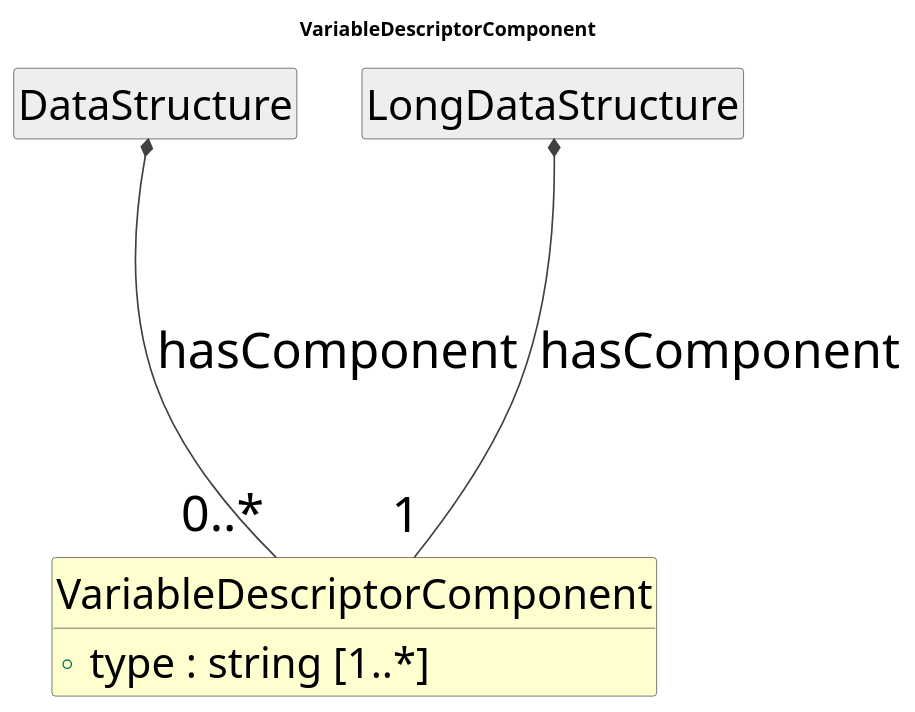
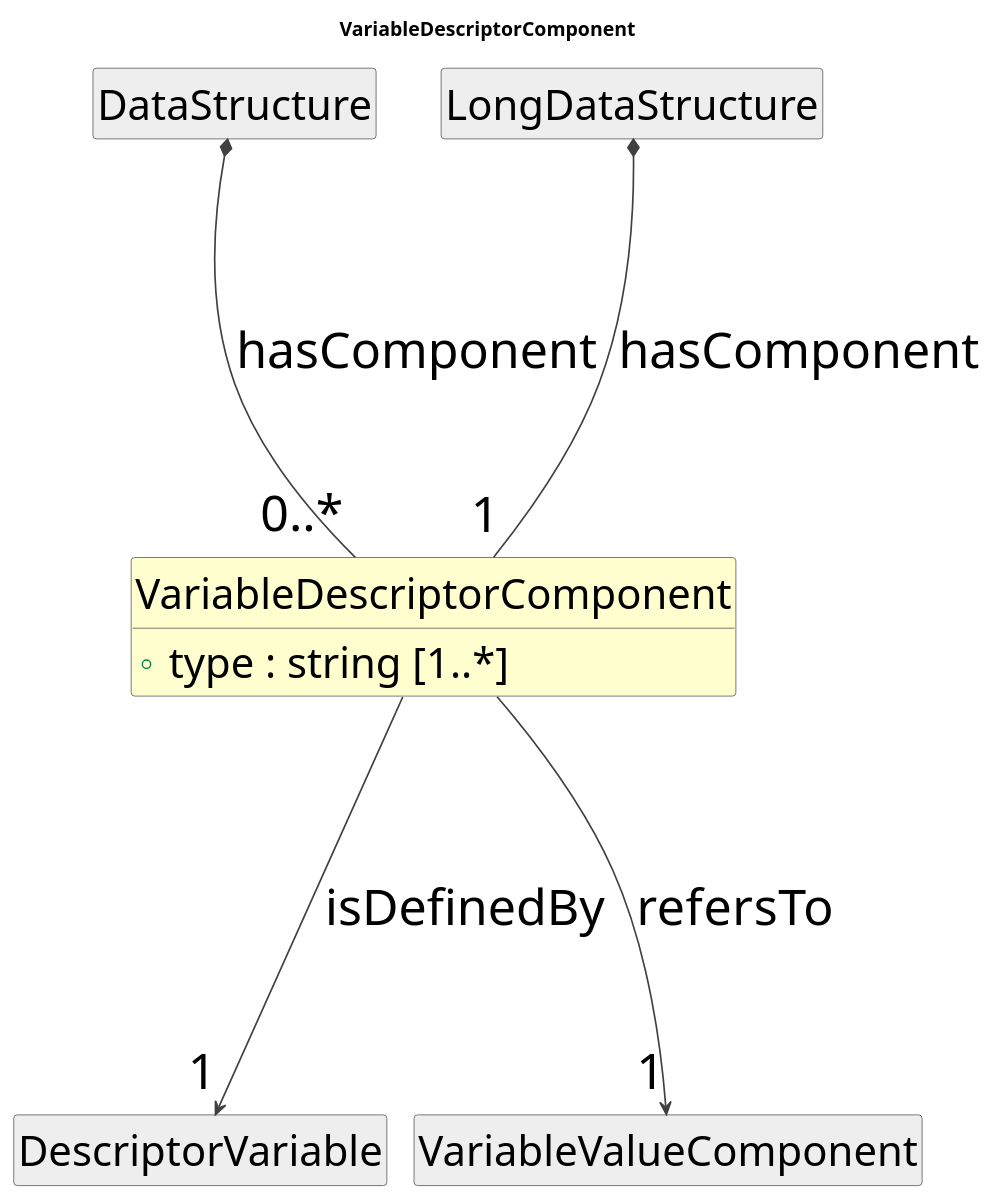
The diagram in cdif-uml-model/CDIFDataStructure/Classes/VariableDescriptorComponent.pu (Cross-Domain-Interoperability-Framework/metadataBuildingBlocks), drawn with PlantUML before and after one commit. The commit also changed 500 other files, not shown here.

```diff
--- a/cdif-uml-model/CDIFDataStructure/Classes/VariableDescriptorComponent.pu
+++ b/cdif-uml-model/CDIFDataStructure/Classes/VariableDescriptorComponent.pu
@@ -1,25 +1,29 @@
 @startuml
 title VariableDescriptorComponent
 hide circle
 hide empty members
 skinparam shadowing false
 skinparam ArrowThickness 1.2
 skinparam ranksep 250
 skinparam nodesep 20
 skinparam defaultFontSize 36
 skinparam class {
   ArrowColor #404040
   BorderColor #404040
   FontSize 36
   AttributeFontSize 30
 }
 
 class "VariableDescriptorComponent" as VariableDescriptorComponent #FEFECE {
   +type : string [1..*]
 }
 class "DataStructure" as DataStructure #EEEEEE
 DataStructure *-- "0..*" VariableDescriptorComponent : hasComponent
 class "LongDataStructure" as LongDataStructure #EEEEEE
 LongDataStructure *-- "1" VariableDescriptorComponent : hasComponent
+class "DescriptorVariable" as DescriptorVariable #EEEEEE
+VariableDescriptorComponent --> "1" DescriptorVariable : isDefinedBy
+class "VariableValueComponent" as VariableValueComponent #EEEEEE
+VariableDescriptorComponent --> "1" VariableValueComponent : refersTo
 
 @enduml
```
